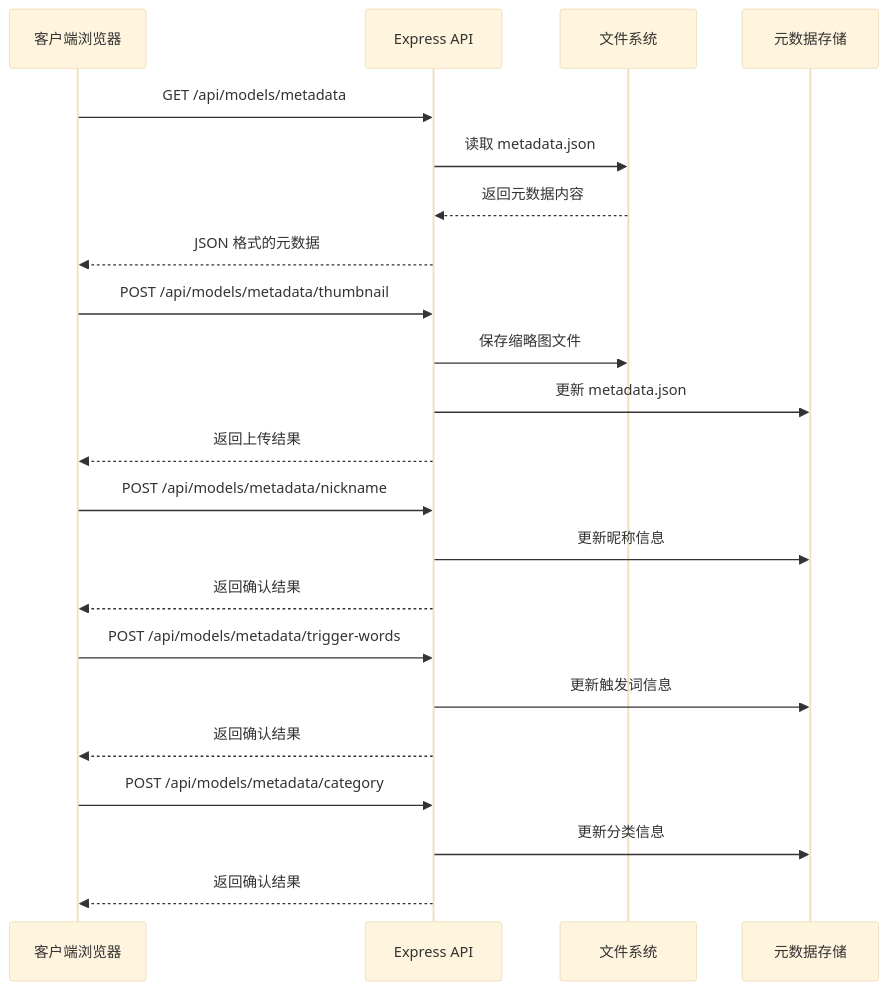
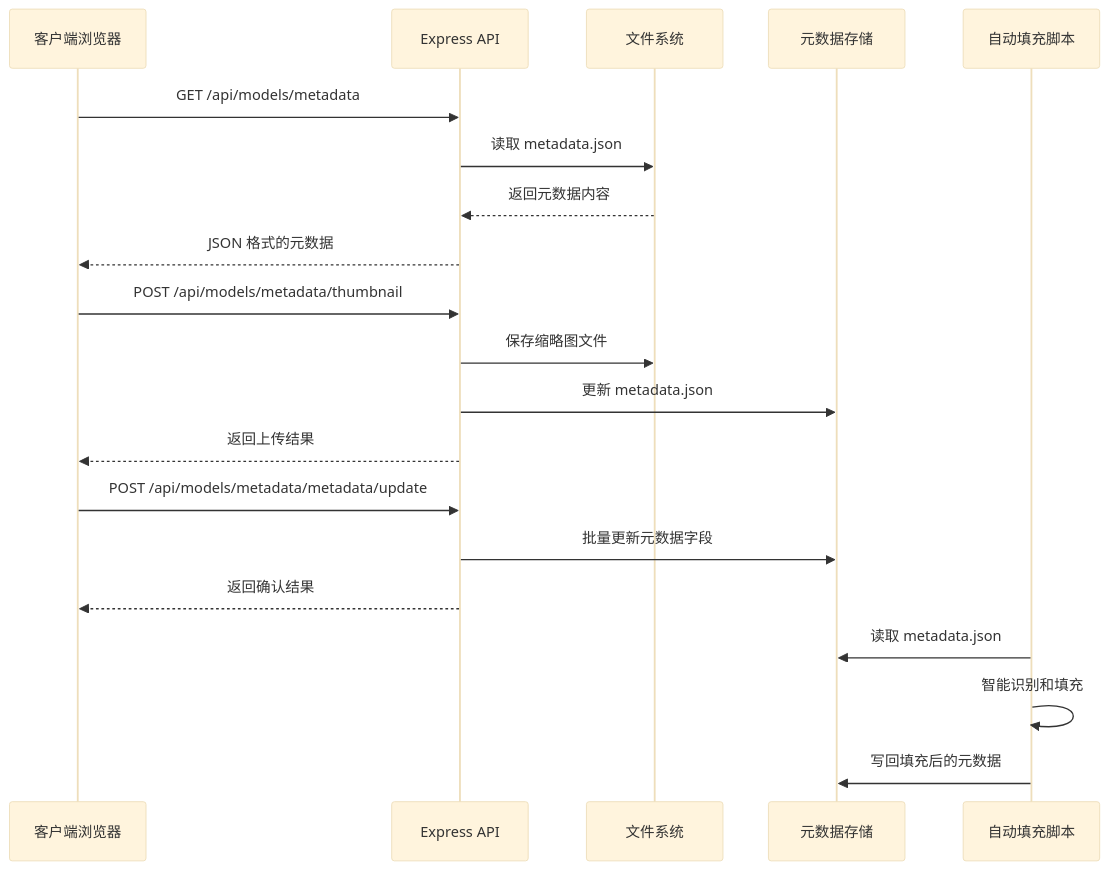
Before and after one commit to billye220670/CorineKit_Pix2Real: the second of 18 diagrams in .qoder/repowiki/zh/content/前端应用/模型元数据管理.md, drawn with Mermaid (base theme). The commit also changed other lines of this file and 20 other files, not shown here.

````diff
--- a/.qoder/repowiki/zh/content/前端应用/模型元数据管理.md
+++ b/.qoder/repowiki/zh/content/前端应用/模型元数据管理.md
@@ -120,24 +129,22 @@
 ```mermaid
 sequenceDiagram
 participant Client as 客户端浏览器
 participant API as Express API
 participant FS as 文件系统
 participant Meta as 元数据存储
+participant AutoFill as 自动填充脚本
 Client->>API : GET /api/models/metadata
 API->>FS : 读取 metadata.json
 FS-->>API : 返回元数据内容
 API-->>Client : JSON 格式的元数据
 Client->>API : POST /api/models/metadata/thumbnail
 API->>FS : 保存缩略图文件
 API->>Meta : 更新 metadata.json
 API-->>Client : 返回上传结果
-Client->>API : POST /api/models/metadata/nickname
-API->>Meta : 更新昵称信息
+Client->>API : POST /api/models/metadata/metadata/update
+API->>Meta : 批量更新元数据字段
 API-->>Client : 返回确认结果
-Client->>API : POST /api/models/metadata/trigger-words
-API->>Meta : 更新触发词信息
-API-->>Client : 返回确认结果
-Client->>API : POST /api/models/metadata/category
-API->>Meta : 更新分类信息
-API-->>Client : 返回确认结果
+AutoFill->>Meta : 读取 metadata.json
+AutoFill->>AutoFill : 智能识别和填充
+AutoFill->>Meta : 写回填充后的元数据
 ```
````
